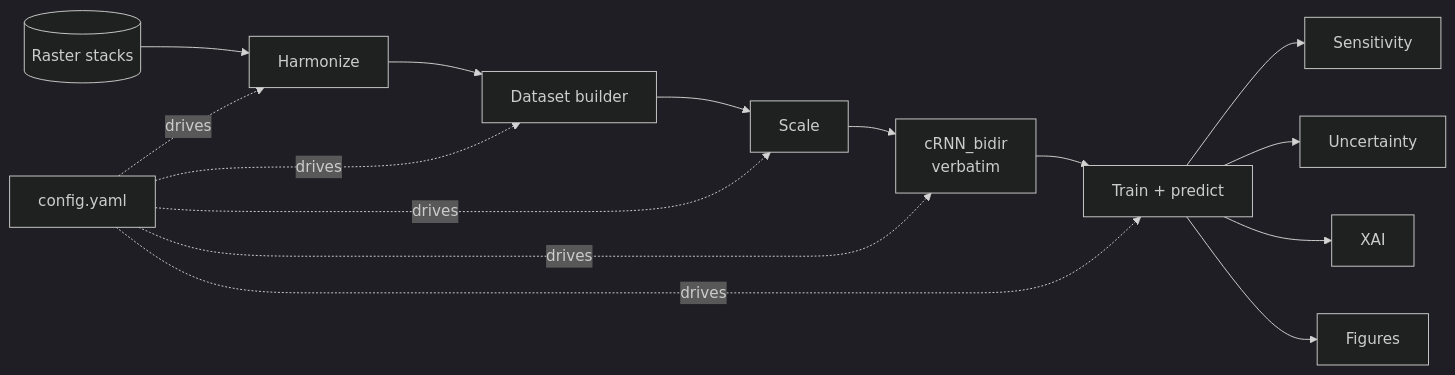
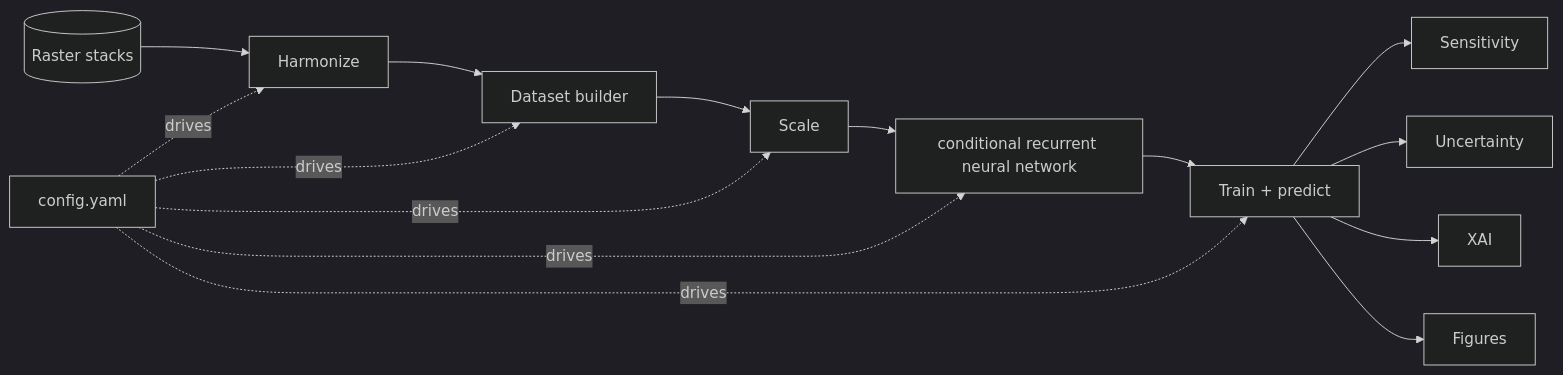
The third of 5 diagrams in flowcharts.md (TBreure/DayCent_emulator), drawn with Mermaid (dark theme) before and after one commit. The commit also changed other lines of this file, not shown here.

````diff
--- a/flowcharts.md
+++ b/flowcharts.md
@@ -48,13 +48,13 @@
 ```mermaid
 flowchart LR
     R[(Raster stacks)] --> H[Harmonize]
     H --> D[Dataset builder]
     D --> S[Scale]
-    S --> M[cRNN_bidir<br/>verbatim]
+    S --> M[conditional recurrent neural network]
     M --> T[Train + predict]
     T --> SE[Sensitivity]
     T --> U[Uncertainty]
     T --> X[XAI]
     T --> P[Figures]
     CFG[config.yaml] -. drives .-> H & D & S & M & T
 ```
````
